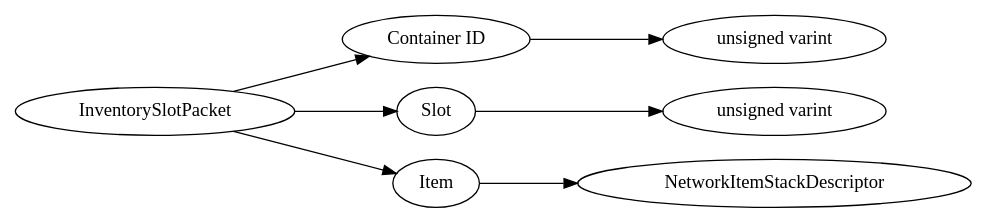
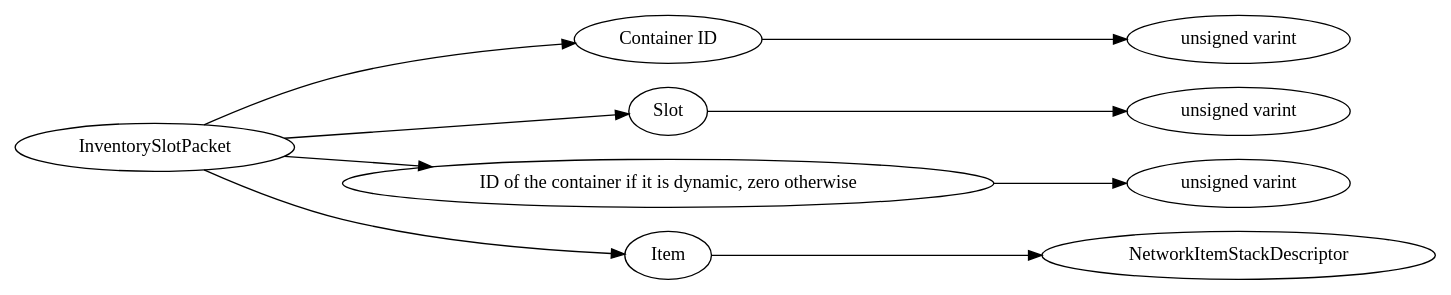
One commit to Mojang/bedrock-protocol-docs changed the diagram in dot/InventorySlotPacket.dot. Above: the diagram before and after it, drawn with Graphviz. The commit also changed 371 other files, not shown here.

```diff
--- a/dot/InventorySlotPacket.dot
+++ b/dot/InventorySlotPacket.dot
@@ -1,20 +1,24 @@
 digraph "InventorySlotPacket" {
 rankdir = LR
 0
 0 -> 1
 1 -> 2
 0 -> 3
 3 -> 4
 0 -> 5
 5 -> 6
+0 -> 7
+7 -> 8
 
 0 [label="InventorySlotPacket",comment="name: \"InventorySlotPacket\", typeName: \"\", id: 0, branchId: 50, recurseId: -1, attributes: 0, notes: \"\""];
 1 [label="Container ID",comment="name: \"Container ID\", typeName: \"\", id: 1, branchId: 0, recurseId: -1, attributes: 0, notes: \"\""];
 2 [label="unsigned varint",comment="name: \"unsigned varint\", typeName: \"\", id: 2, branchId: 0, recurseId: -1, attributes: 512, notes: \"\""];
 3 [label="Slot",comment="name: \"Slot\", typeName: \"\", id: 3, branchId: 0, recurseId: -1, attributes: 0, notes: \"\""];
 4 [label="unsigned varint",comment="name: \"unsigned varint\", typeName: \"\", id: 4, branchId: 0, recurseId: -1, attributes: 512, notes: \"\""];
-5 [label="Item",comment="name: \"Item\", typeName: \"NetworkItemStackDescriptor\", id: 5, branchId: 0, recurseId: -1, attributes: 256, notes: \"\""];
-6 [label="NetworkItemStackDescriptor",comment="name: \"NetworkItemStackDescriptor\", typeName: \"\", id: 6, branchId: 0, recurseId: -1, attributes: 512, notes: \"\""];
-{ rank = max;2;4;6}
+5 [label="ID of the container if it is dynamic, zero otherwise",comment="name: \"ID of the container if it is dynamic, zero otherwise\", typeName: \"\", id: 5, branchId: 0, recurseId: -1, attributes: 0, notes: \"\""];
+6 [label="unsigned varint",comment="name: \"unsigned varint\", typeName: \"\", id: 6, branchId: 0, recurseId: -1, attributes: 512, notes: \"\""];
+7 [label="Item",comment="name: \"Item\", typeName: \"NetworkItemStackDescriptor\", id: 7, branchId: 0, recurseId: -1, attributes: 256, notes: \"\""];
+8 [label="NetworkItemStackDescriptor",comment="name: \"NetworkItemStackDescriptor\", typeName: \"\", id: 8, branchId: 0, recurseId: -1, attributes: 512, notes: \"\""];
+{ rank = max;2;4;6;8}
 
 }
```
